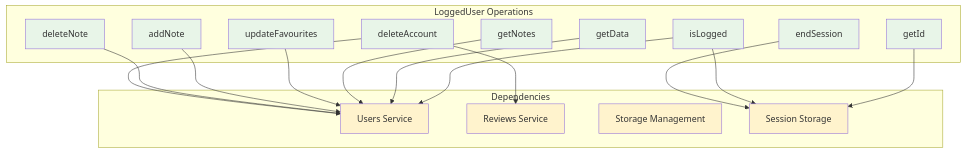
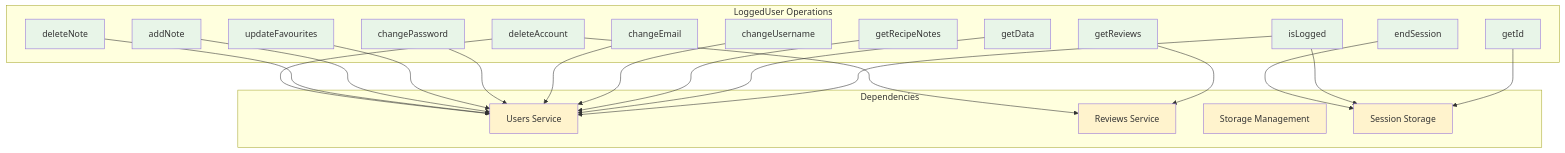
The ninth of 11 diagrams in documentation/diagrams/04-session-service-sequence.md (damiano-g/PGRC-project), drawn with Mermaid before and after one commit. The commit also changed other lines of this file and 6 other files, not shown here.

````diff
--- a/documentation/diagrams/04-session-service-sequence.md
+++ b/documentation/diagrams/04-session-service-sequence.md
@@ -178,39 +338,47 @@
 ```mermaid
 graph TB
     subgraph "LoggedUser Operations"
         LU1[getId]
         LU2[isLogged]
         LU3[getData]
-        LU4[getNotes]
-        LU5[updateFavourites]
-        LU6[addNote]
-        LU7[deleteNote]
-        LU8[deleteAccount]
-        LU9[endSession]
+        LU4[getRecipeNotes]
+        LU5[getReviews]
+        LU6[changeUsername]
+        LU7[changeEmail]
+        LU8[changePassword]
+        LU9[updateFavourites]
+        LU10[addNote]
+        LU11[deleteNote]
+        LU12[deleteAccount]
+        LU13[endSession]
     end
     
     subgraph "Dependencies"
         US[Users Service]
         RVS[Reviews Service]
         ST[Storage Management]
         SS[Session Storage]
     end
     
     LU1 --> SS
     LU2 --> US
     LU2 --> SS
     LU3 --> US
     LU4 --> US
-    LU5 --> US
+    LU5 --> RVS
     LU6 --> US
     LU7 --> US
     LU8 --> US
-    LU8 --> RVS
-    LU9 --> SS
+    LU9 --> US
+    LU10 --> US
+    LU11 --> US
+    LU12 --> US
+    LU12 --> RVS
+    LU13 --> SS
     
     classDef operation fill:#e8f5e8
     classDef service fill:#fff3cd
     
-    class LU1,LU2,LU3,LU4,LU5,LU6,LU7,LU8,LU9 operation
+    class LU1,LU2,LU3,LU4,LU5,LU6,LU7,LU8,LU9,LU10,LU11,LU12,LU13 operation
     class US,RVS,ST,SS service
 ```
````
